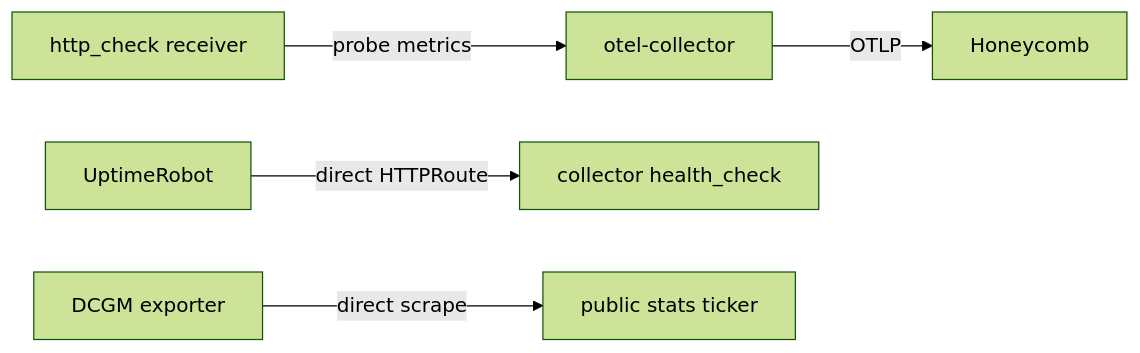
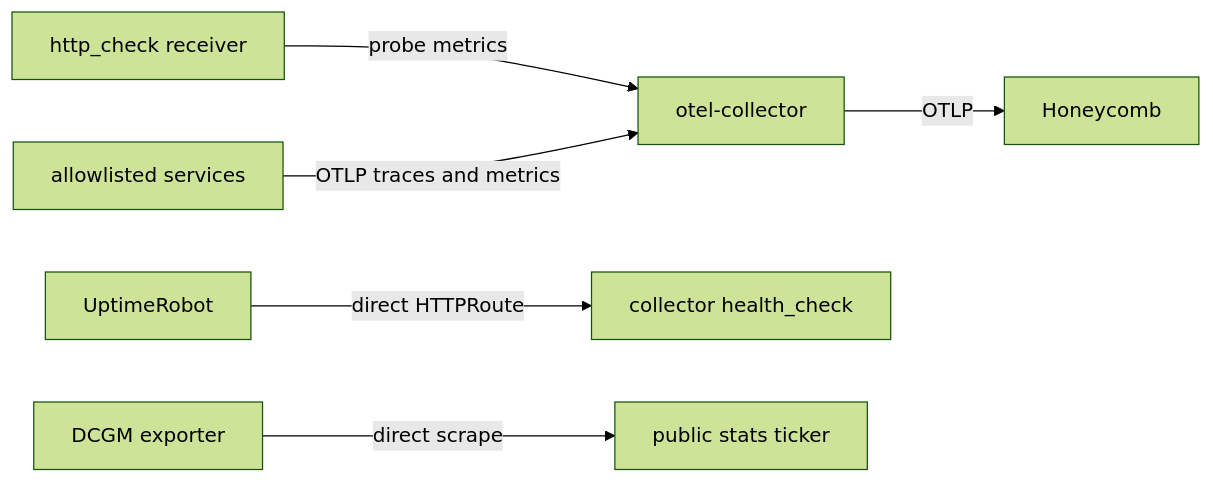
One commit to jomcgi-org/homelab changed the diagram in docs/observability.md. Above: the diagram before and after it, drawn with Mermaid (forest theme). The commit also changed other lines of this file and 4 other files, not shown here.

````diff
--- a/docs/observability.md
+++ b/docs/observability.md
@@ -9,7 +9,8 @@
 ```mermaid
 graph LR
     HC[http_check receiver] -->|probe metrics| OC[otel-collector]
+    SVC[allowlisted services] -->|OTLP traces and metrics| OC
     OC -->|OTLP| H[Honeycomb]
     UR[UptimeRobot] -->|direct HTTPRoute| HEALTH[collector health_check]
     DCGM[DCGM exporter] -->|direct scrape| STATS[public stats ticker]
 ```
````
